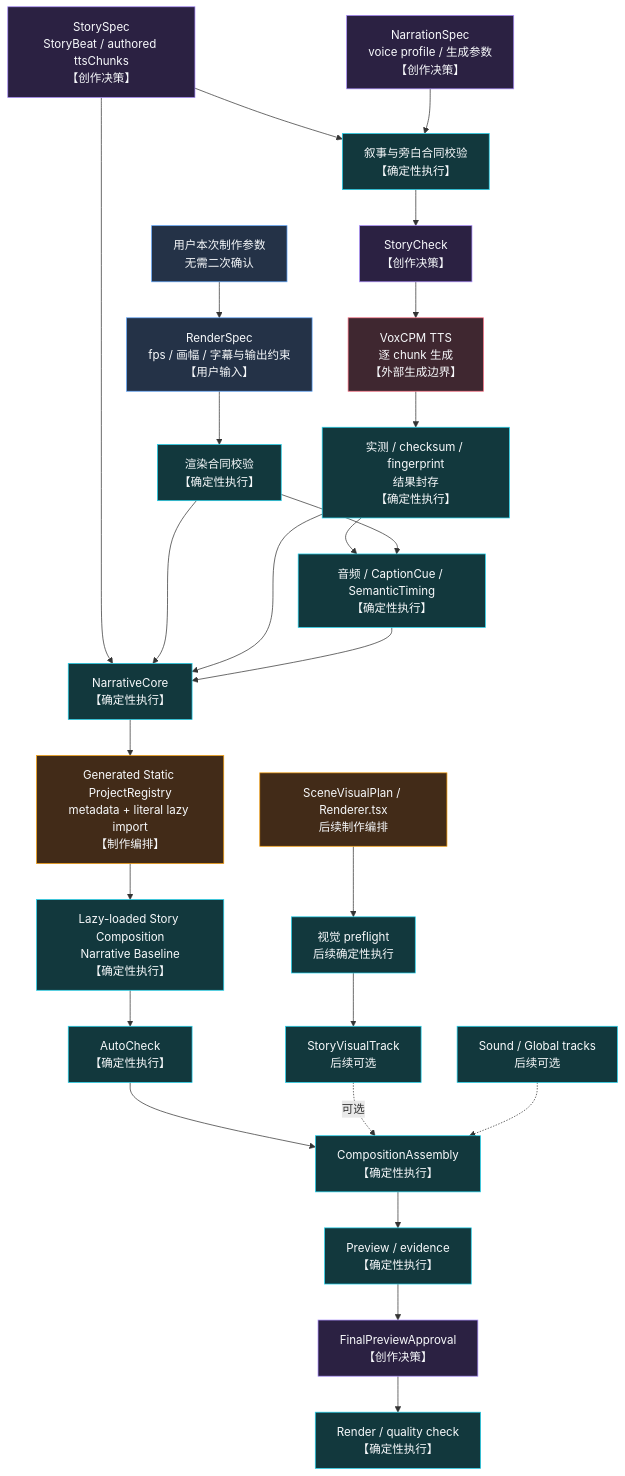
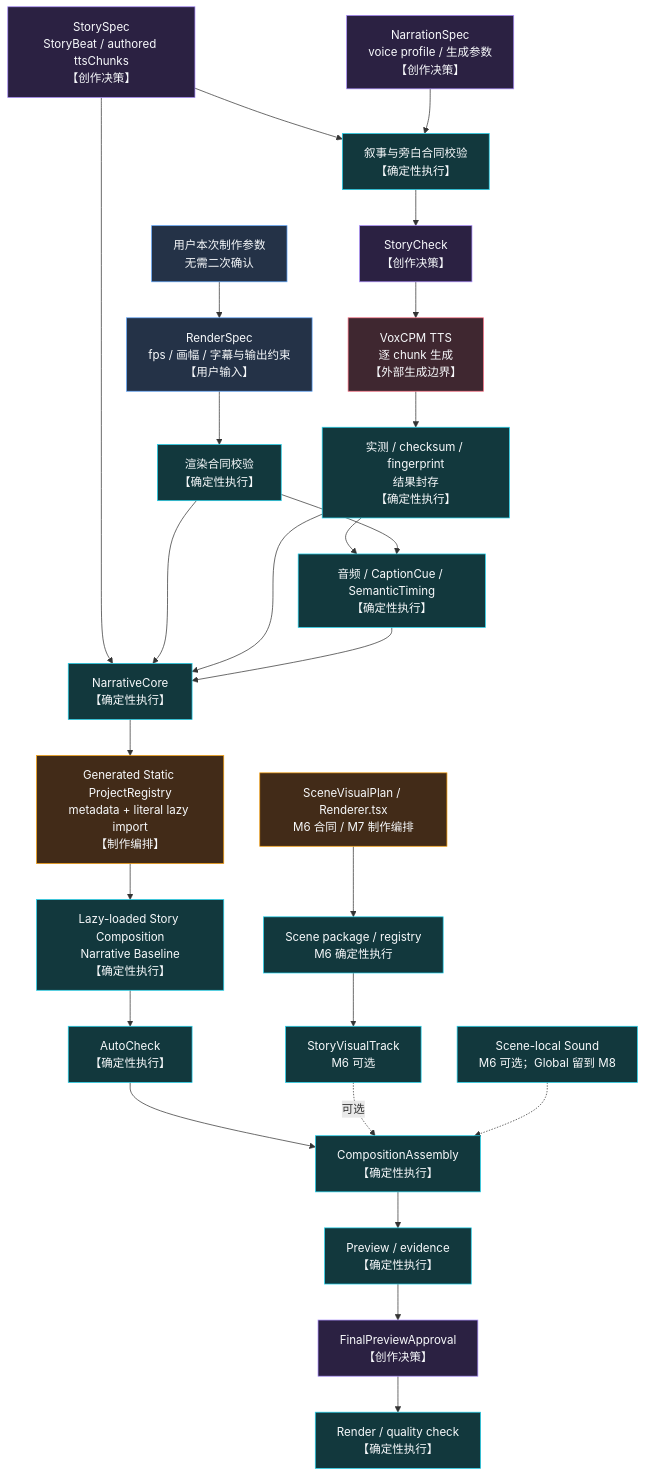
The first of 2 diagrams in docs/DETERMINISTIC_EXECUTION.md (AXMORF/axmorf-studio), drawn with Mermaid before and after one commit. The commit also changed other lines of this file and 16 other files, not shown here.

````diff
--- a/docs/DETERMINISTIC_EXECUTION.md
+++ b/docs/DETERMINISTIC_EXECUTION.md
@@ -57,43 +59,43 @@
 ```mermaid
 flowchart TB
     Story["StorySpec<br/>StoryBeat / authored ttsChunks<br/>【创作决策】"]
     NarrationSpec["NarrationSpec<br/>voice profile / 生成参数<br/>【创作决策】"]
     RenderInput["用户本次制作参数<br/>无需二次确认"] --> RenderSpec["RenderSpec<br/>fps / 画幅 / 字幕与输出约束<br/>【用户输入】"]
     Story --> Contract["叙事与旁白合同校验<br/>【确定性执行】"]
     NarrationSpec --> Contract
     RenderSpec --> RenderContract["渲染合同校验<br/>【确定性执行】"]
     Contract --> StoryCheck["StoryCheck<br/>【创作决策】"]
     StoryCheck --> TTS["VoxCPM TTS<br/>逐 chunk 生成<br/>【外部生成边界】"]
     TTS --> Seal["实测 / checksum / fingerprint<br/>结果封存<br/>【确定性执行】"]
     Seal --> Timing["音频 / CaptionCue / SemanticTiming<br/>【确定性执行】"]
     RenderContract --> Timing
 
     Story --> Narrative["NarrativeCore<br/>【确定性执行】"]
     RenderContract --> Narrative
     Seal --> Narrative
     Timing --> Narrative
     Narrative --> ProjectRegistry["Generated Static ProjectRegistry<br/>metadata + literal lazy import<br/>【制作编排】"]
     ProjectRegistry --> Baseline["Lazy-loaded Story Composition<br/>Narrative Baseline<br/>【确定性执行】"]
     Baseline --> Auto["AutoCheck<br/>【确定性执行】"]
 
-    VisualSource["SceneVisualPlan / Renderer.tsx<br/>后续制作编排"] --> VisualPreflight["视觉 preflight<br/>后续确定性执行"]
-    VisualPreflight --> Visual["StoryVisualTrack<br/>后续可选"]
+    VisualSource["SceneVisualPlan / Renderer.tsx<br/>M6 合同 / M7 制作编排"] --> VisualPreflight["Scene package / registry<br/>M6 确定性执行"]
+    VisualPreflight --> Visual["StoryVisualTrack<br/>M6 可选"]
 
     Auto --> Assembly["CompositionAssembly<br/>【确定性执行】"]
     Visual -.->|"可选"| Assembly
-    Optional["Sound / Global tracks<br/>后续可选"] -.-> Assembly
+    Optional["Scene-local Sound<br/>M6 可选；Global 留到 M8"] -.-> Assembly
     Assembly --> Evidence["Preview / evidence<br/>【确定性执行】"]
     Evidence --> Review["FinalPreviewApproval<br/>【创作决策】"]
     Review --> Render["Render / quality check<br/>【确定性执行】"]
 
     classDef input fill:#243247,stroke:#60a5fa,color:#f8fafc;
     classDef creative fill:#2b2142,stroke:#a78bfa,color:#f8fafc;
     classDef orchestration fill:#422b18,stroke:#f59e0b,color:#f8fafc;
     classDef deterministic fill:#12383d,stroke:#22d3ee,color:#f8fafc;
     classDef external fill:#3f2730,stroke:#fb7185,color:#f8fafc;
     class RenderInput,RenderSpec input;
     class Story,NarrationSpec,StoryCheck,Review creative;
     class VisualSource,ProjectRegistry orchestration;
     class TTS external;
     class Contract,RenderContract,Seal,Timing,Narrative,Baseline,Auto,VisualPreflight,Visual,Assembly,Optional,Evidence,Render deterministic;
 ```
````
